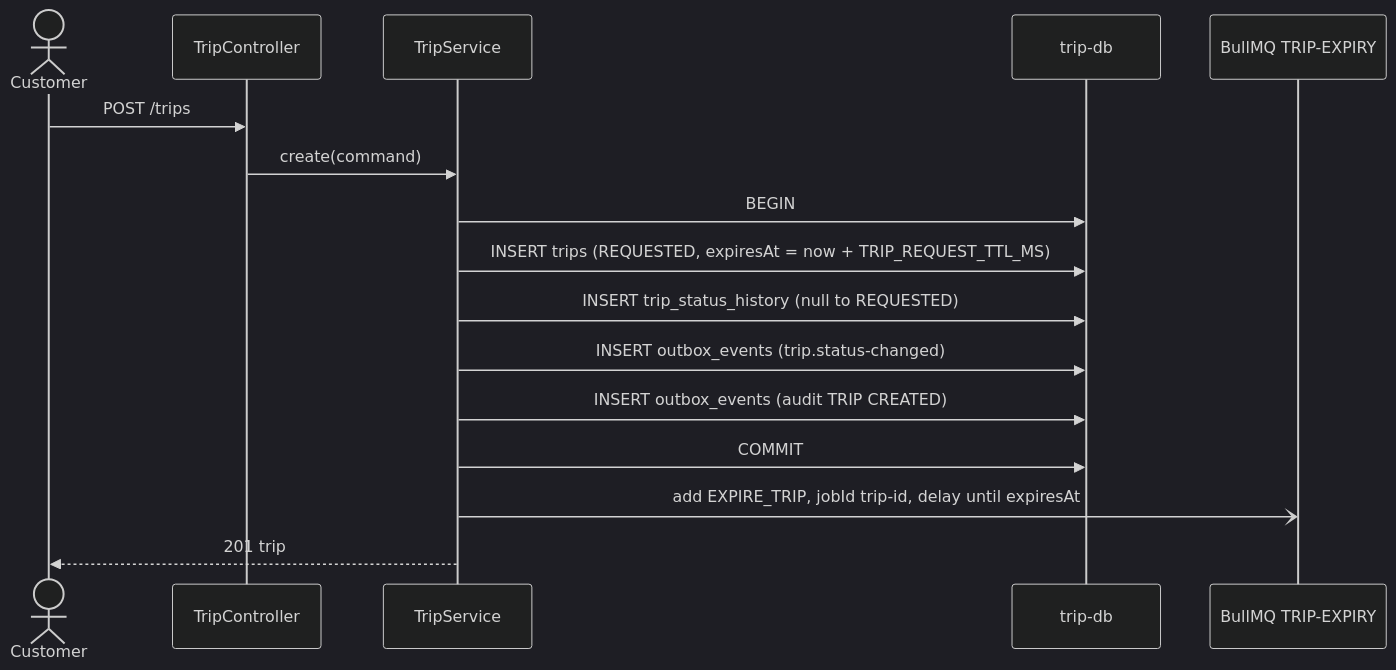
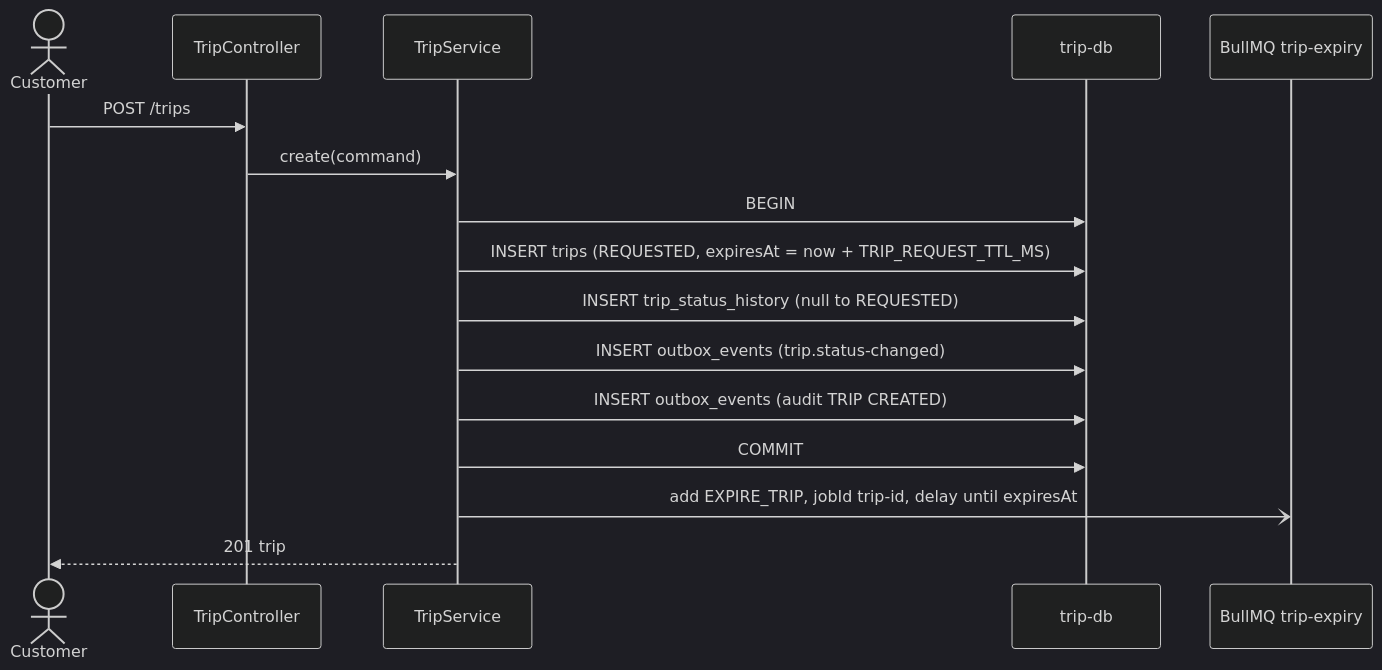
The fifth of 9 diagrams in docs/services/trip-service.md (Mohammed-Taysser/masr3), drawn with Mermaid (dark theme) before and after one commit. The commit also changed other lines of this file and 20 other files, not shown here.

````diff
--- a/docs/services/trip-service.md
+++ b/docs/services/trip-service.md
@@ -140,18 +141,18 @@
 ```mermaid
 sequenceDiagram
   actor C as Customer
   participant API as TripController
   participant S as TripService
   participant DB as trip-db
-  participant Q as BullMQ TRIP-EXPIRY
+  participant Q as BullMQ trip-expiry
   C->>API: POST /trips
   API->>S: create(command)
   S->>DB: BEGIN
   S->>DB: INSERT trips (REQUESTED, expiresAt = now + TRIP_REQUEST_TTL_MS)
   S->>DB: INSERT trip_status_history (null to REQUESTED)
   S->>DB: INSERT outbox_events (trip.status-changed)
   S->>DB: INSERT outbox_events (audit TRIP CREATED)
   S->>DB: COMMIT
   S-)Q: add EXPIRE_TRIP, jobId trip-id, delay until expiresAt
   S-->>C: 201 trip
 ```
````
